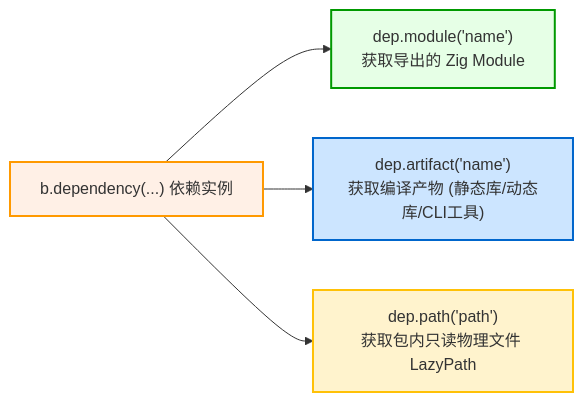
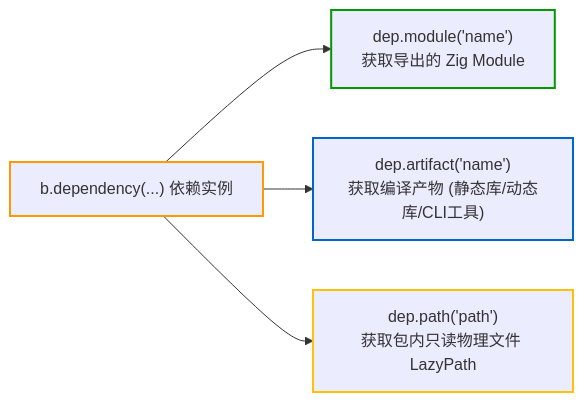
One commit to jiacai2050/x changed the diagram in zig-build/src/api/dependency-api.md. Above: the diagram before and after it, drawn with Mermaid. The commit also changed 65 other files, not shown here.

````diff
--- a/zig-build/src/api/dependency-api.md
+++ b/zig-build/src/api/dependency-api.md
@@ -61,17 +61,17 @@
 ```mermaid
 graph LR
     Dep["b.dependency(...) 依赖实例"]
     M_Mod["dep.module('name')<br/>获取导出的 Zig Module"]
     M_Art["dep.artifact('name')<br/>获取编译产物 (静态库/动态库/CLI工具)"]
     M_Path["dep.path('path')<br/>获取包内只读物理文件 LazyPath"]
 
     Dep --> M_Mod
     Dep --> M_Art
     Dep --> M_Path
 
-    classDef default fill:#f8f9fa,stroke:#495057;
-    style Dep fill:#fff0e6,stroke:#ff9900,stroke-width:2px;
-    style M_Mod fill:#e6ffe6,stroke:#009900,stroke-width:2px;
-    style M_Art fill:#cce5ff,stroke:#0066cc,stroke-width:2px;
-    style M_Path fill:#fff3cd,stroke:#ffc107,stroke-width:2px;
+    classDef default stroke:#495057;
+    style Dep stroke:#ff9900,stroke-width:2px;
+    style M_Mod stroke:#009900,stroke-width:2px;
+    style M_Art stroke:#0066cc,stroke-width:2px;
+    style M_Path stroke:#ffc107,stroke-width:2px;
 ```
````
